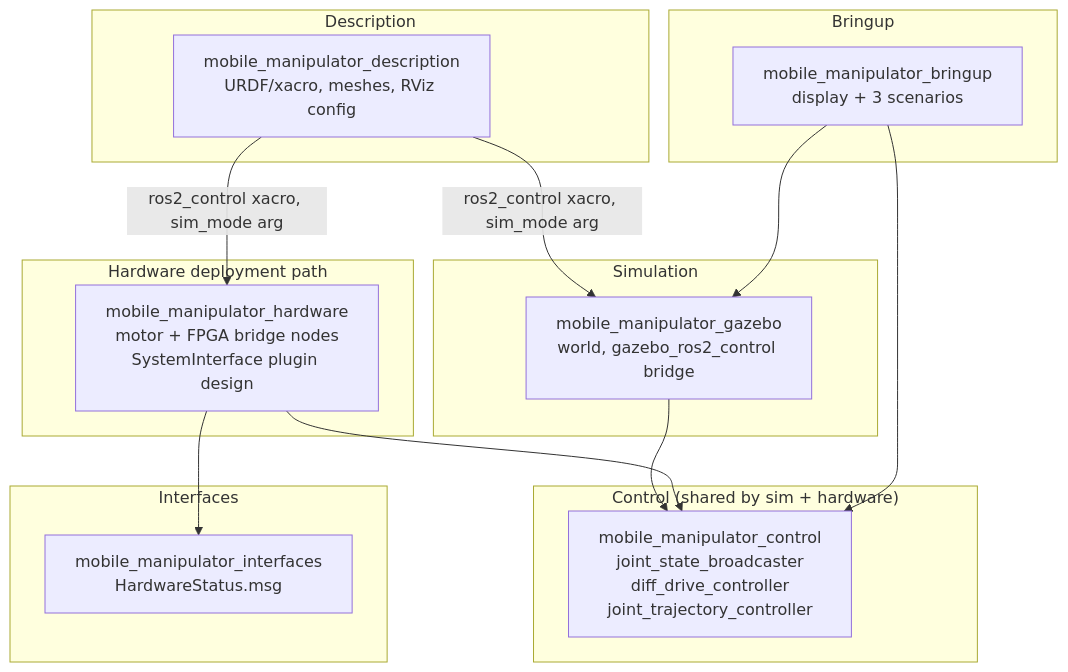
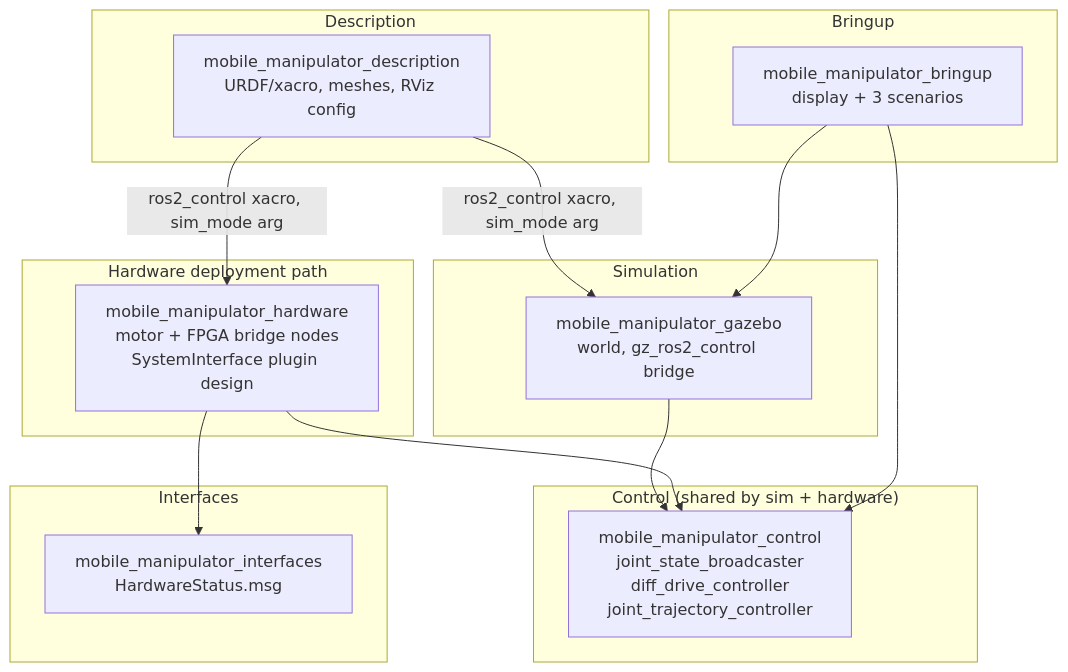
The first of 2 diagrams in README.md (Fouad-Smaoui/Mobile-Manipulator-Robot), drawn with Mermaid before and after one commit. The commit also changed other lines of this file and 14 other files, not shown here.

````diff
--- a/README.md
+++ b/README.md
@@ -18,34 +18,34 @@
 ```mermaid
 graph TD
     subgraph "Description"
         DESC[mobile_manipulator_description<br/>URDF/xacro, meshes, RViz config]
     end
 
     subgraph "Simulation"
-        GZ[mobile_manipulator_gazebo<br/>world, gazebo_ros2_control bridge]
+        GZ[mobile_manipulator_gazebo<br/>world, gz_ros2_control bridge]
     end
 
     subgraph "Control (shared by sim + hardware)"
         CTRL[mobile_manipulator_control<br/>joint_state_broadcaster<br/>diff_drive_controller<br/>joint_trajectory_controller]
     end
 
     subgraph "Hardware deployment path"
         HW[mobile_manipulator_hardware<br/>motor + FPGA bridge nodes<br/>SystemInterface plugin design]
     end
 
     subgraph "Bringup"
         BR[mobile_manipulator_bringup<br/>display + 3 scenarios]
     end
 
     subgraph "Interfaces"
         IF[mobile_manipulator_interfaces<br/>HardwareStatus.msg]
     end
 
     DESC -->|ros2_control xacro, sim_mode arg| GZ
     DESC -->|ros2_control xacro, sim_mode arg| HW
     GZ --> CTRL
     HW --> CTRL
     HW --> IF
     BR --> GZ
     BR --> CTRL
 ```
````
